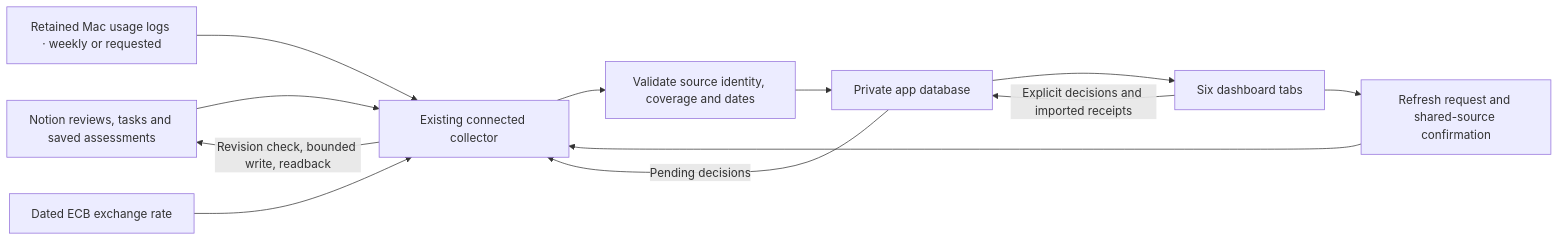
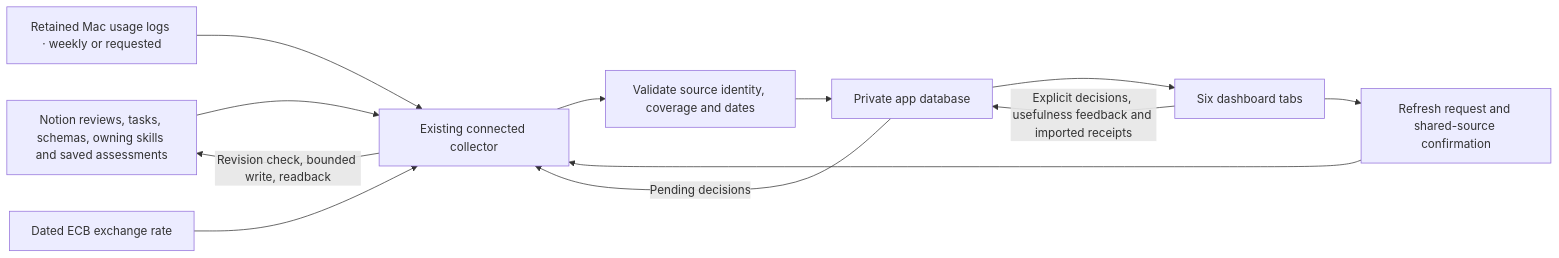
The first of 7 diagrams in docs/dashboard-dataflows.md (olilifts88/meridian-labs), drawn with Mermaid before and after one commit. The commit also changed other lines of this file and 1 other file, not shown here.

Commit message:
Document dashboard label alerts and task usefulness feedback (#5)

````diff
--- a/docs/dashboard-dataflows.md
+++ b/docs/dashboard-dataflows.md
@@ -7,12 +7,12 @@
 ```mermaid
 flowchart LR
- N["Notion reviews, tasks and saved assessments"] --> C["Existing connected collector"]
+ N["Notion reviews, tasks, schemas, owning skills and saved assessments"] --> C["Existing connected collector"]
  L["Retained Mac usage logs · weekly or requested"] --> C
  F["Dated ECB exchange rate"] --> C
  C --> V["Validate source identity, coverage and dates"] --> D["Private app database"]
  D --> U["Six dashboard tabs"]
- U -->|"Explicit decisions and imported receipts"| D
+ U -->|"Explicit decisions, usefulness feedback and imported receipts"| D
  D -->|"Pending decisions"| C
  C -->|"Revision check, bounded write, readback"| N
  U --> Q["Refresh request and shared-source confirmation"] --> C
 ```
````
